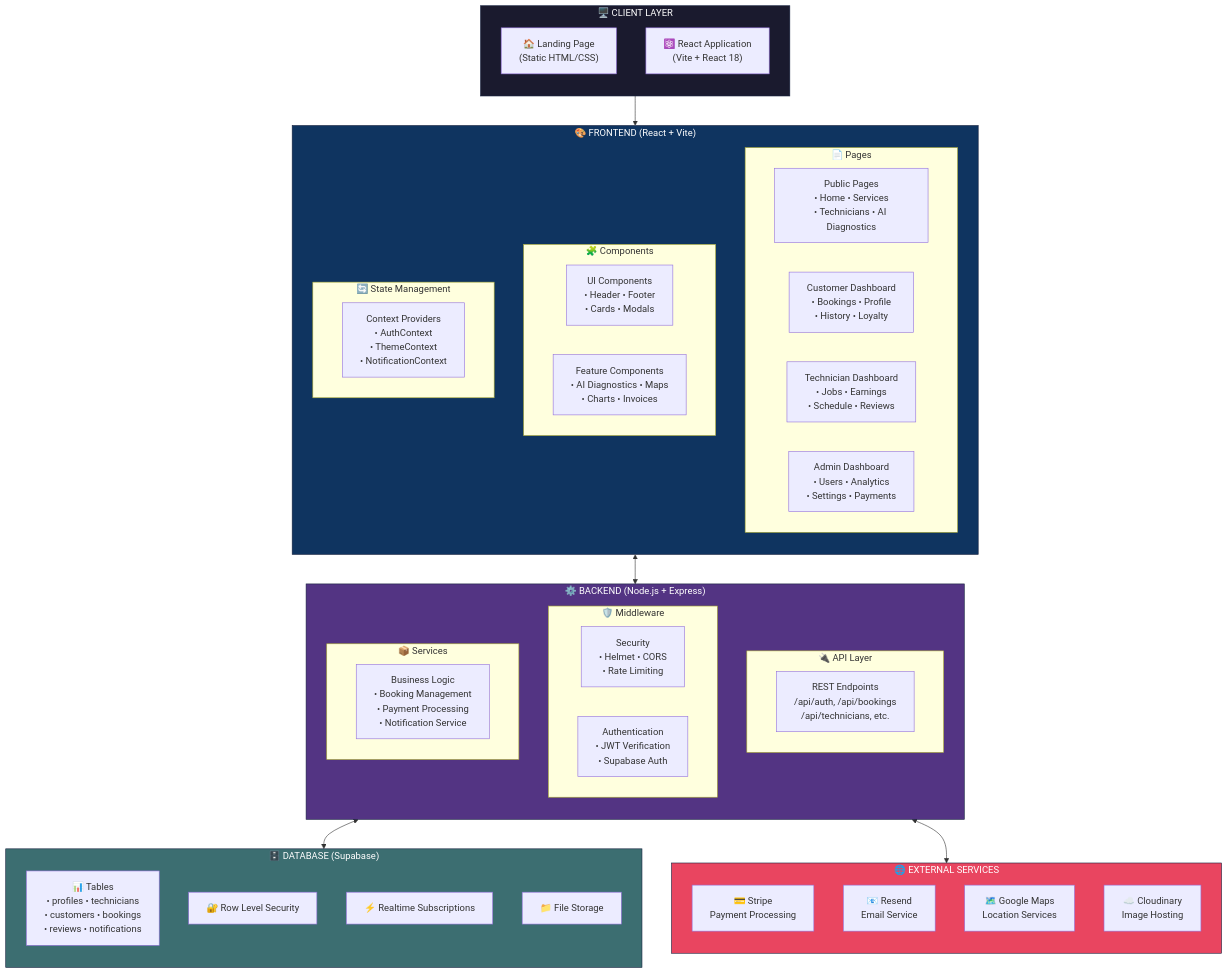
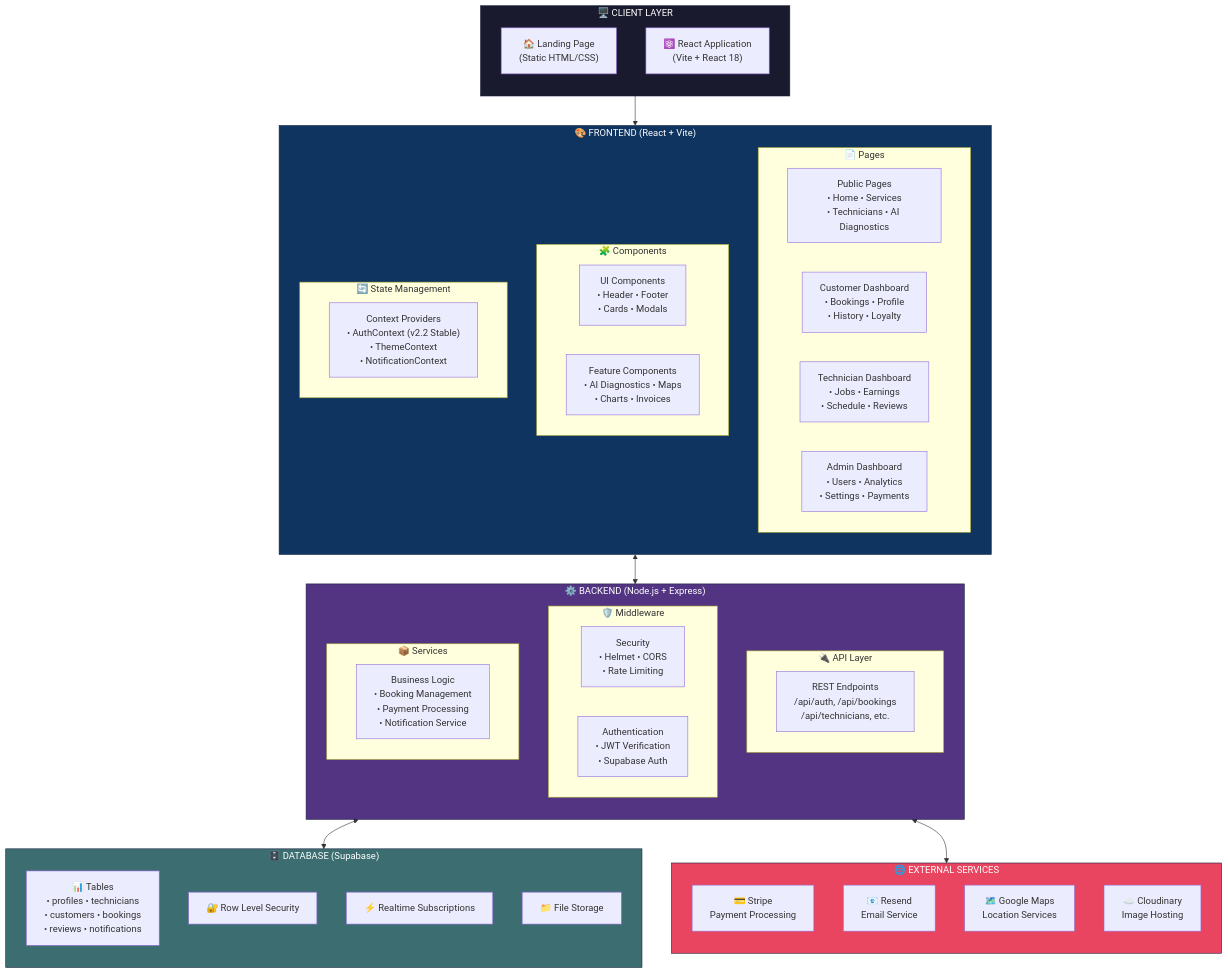
Before and after one commit to Irchika774/Tech-Care_official: the first of 13 diagrams in README.md, drawn with Mermaid. The commit also changed other lines of this file and 5 other files, not shown here.

Commit message:
feat(v2.2.0): stabilize dashboards with SWR and optimize auth flow

````diff
--- a/README.md
+++ b/README.md
@@ -46,66 +46,66 @@
 ```mermaid
 flowchart TB
     subgraph Client["🖥️ CLIENT LAYER"]
         direction TB
         LP["🏠 Landing Page<br/>(Static HTML/CSS)"]
         RA["⚛️ React Application<br/>(Vite + React 18)"]
     end
 
     subgraph Frontend["🎨 FRONTEND (React + Vite)"]
         direction TB
         subgraph Pages["📄 Pages"]
             PUB["Public Pages<br/>• Home • Services<br/>• Technicians • AI Diagnostics"]
             CUST["Customer Dashboard<br/>• Bookings • Profile<br/>• History • Loyalty"]
             TECH["Technician Dashboard<br/>• Jobs • Earnings<br/>• Schedule • Reviews"]
             ADM["Admin Dashboard<br/>• Users • Analytics<br/>• Settings • Payments"]
         end
         subgraph Components["🧩 Components"]
             UI["UI Components<br/>• Header • Footer<br/>• Cards • Modals"]
             FEAT["Feature Components<br/>• AI Diagnostics • Maps<br/>• Charts • Invoices"]
         end
         subgraph State["🔄 State Management"]
-            CTX["Context Providers<br/>• AuthContext<br/>• ThemeContext<br/>• NotificationContext"]
+            CTX["Context Providers<br/>• AuthContext (v2.2 Stable)<br/>• ThemeContext<br/>• NotificationContext"]
         end
     end
 
     subgraph Backend["⚙️ BACKEND (Node.js + Express)"]
         direction TB
         subgraph API["🔌 API Layer"]
             REST["REST Endpoints<br/>/api/auth, /api/bookings<br/>/api/technicians, etc."]
         end
         subgraph MW["🛡️ Middleware"]
             SEC["Security<br/>• Helmet • CORS<br/>• Rate Limiting"]
             AUTH["Authentication<br/>• JWT Verification<br/>• Supabase Auth"]
         end
         subgraph Services["📦 Services"]
             BIZ["Business Logic<br/>• Booking Management<br/>• Payment Processing<br/>• Notification Service"]
         end
     end
 
     subgraph Database["🗄️ DATABASE (Supabase)"]
         direction TB
         TABLES["📊 Tables<br/>• profiles • technicians<br/>• customers • bookings<br/>• reviews • notifications"]
         RLS["🔐 Row Level Security"]
         REALTIME["⚡ Realtime Subscriptions"]
         STORAGE["📁 File Storage"]
     end
 
     subgraph External["🌐 EXTERNAL SERVICES"]
         direction TB
         STRIPE["💳 Stripe<br/>Payment Processing"]
         RESEND["📧 Resend<br/>Email Service"]
         GMAPS["🗺️ Google Maps<br/>Location Services"]
         CLOUD["☁️ Cloudinary<br/>Image Hosting"]
     end
 
     Client --> Frontend
     Frontend <--> Backend
     Backend <--> Database
     Backend <--> External
 
     style Client fill:#1a1a2e,stroke:#16213e,color:#fff
     style Frontend fill:#0f3460,stroke:#16213e,color:#fff
     style Backend fill:#533483,stroke:#16213e,color:#fff
     style Database fill:#3c6e71,stroke:#16213e,color:#fff
     style External fill:#e94560,stroke:#16213e,color:#fff
 ```
````
